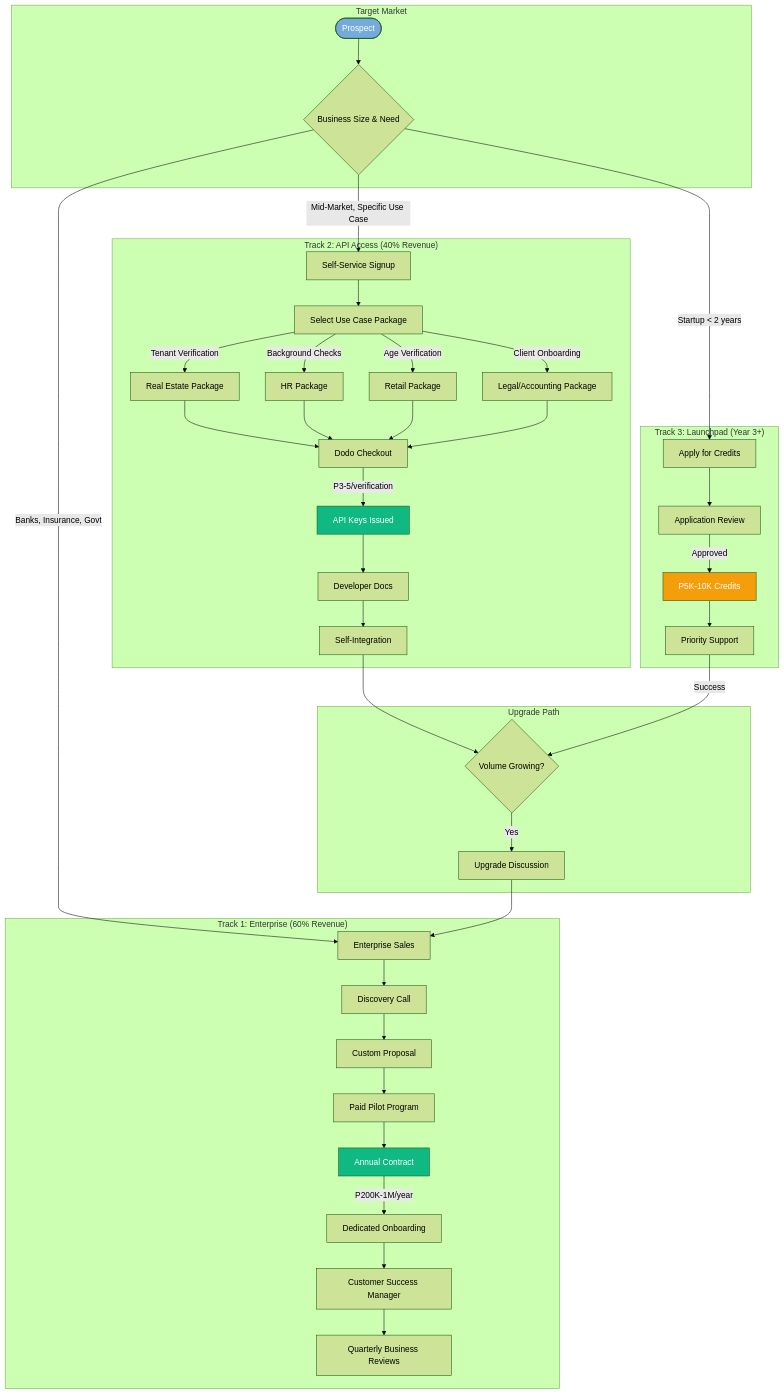
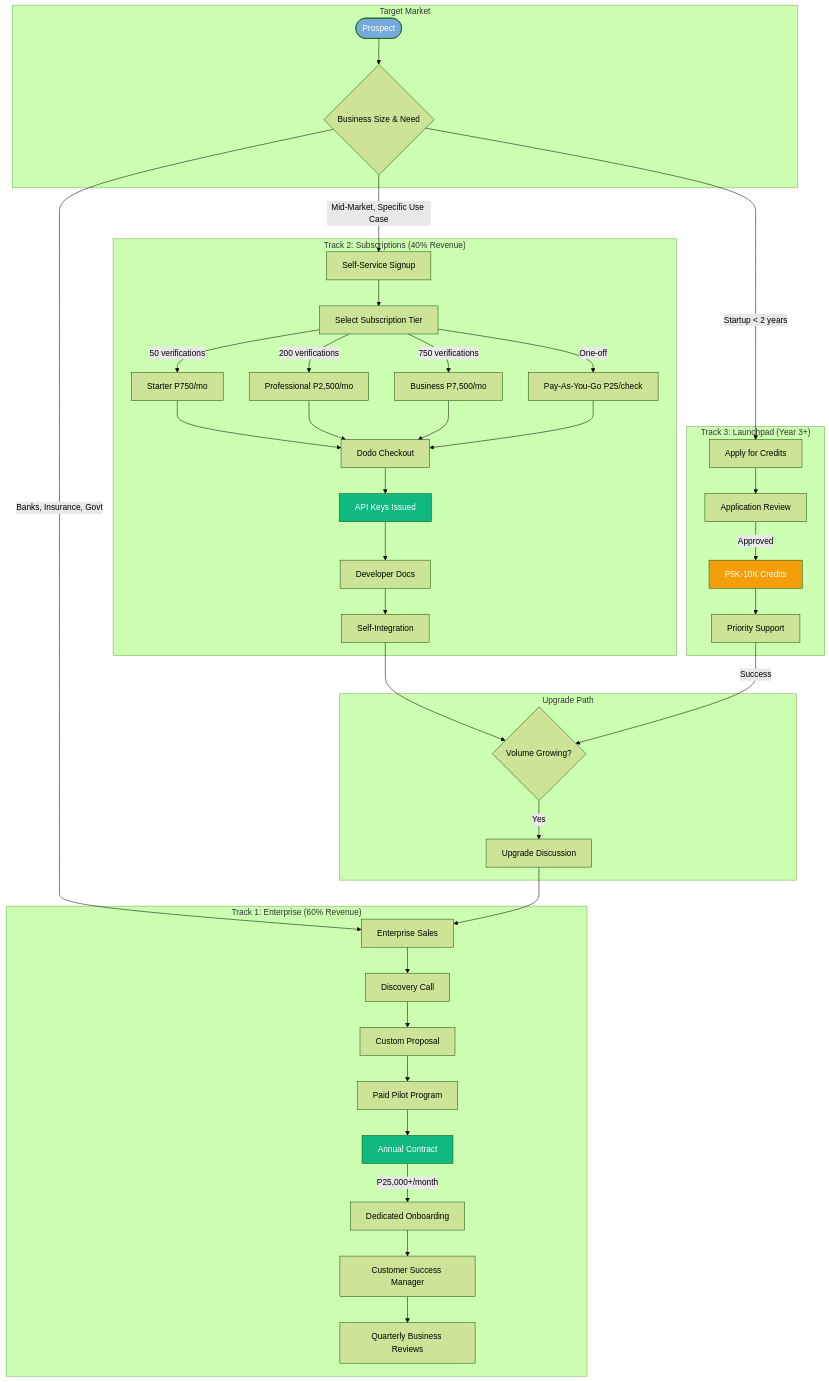
One commit to EDMND-SRC/AuthBridge changed the diagram in _bmad-output/planning-artifacts/product-brief-AuthBridge-2026-01-13.md. Above: the diagram before and after it, drawn with Mermaid (forest theme). The commit also changed other lines of this file and 118 other files, not shown here.

````diff
--- a/_bmad-output/planning-artifacts/product-brief-AuthBridge-2026-01-13.md
+++ b/_bmad-output/planning-artifacts/product-brief-AuthBridge-2026-01-13.md
@@ -508,54 +514,54 @@
 ```mermaid
 flowchart TD
     subgraph Market["Target Market"]
         Prospect([Prospect]) --> Assess{Business Size & Need}
     end
 
     subgraph Enterprise["Track 1: Enterprise (60% Revenue)"]
         Assess --> |Banks, Insurance, Govt| EntSales[Enterprise Sales]
         EntSales --> Discovery[Discovery Call]
         Discovery --> Proposal[Custom Proposal]
         Proposal --> Pilot[Paid Pilot Program]
         Pilot --> Contract[Annual Contract]
-        Contract --> |P200K-1M/year| EntOnboard[Dedicated Onboarding]
+        Contract --> |P25,000+/month| EntOnboard[Dedicated Onboarding]
         EntOnboard --> EntSuccess[Customer Success Manager]
         EntSuccess --> QBR[Quarterly Business Reviews]
     end
 
-    subgraph APIAccess["Track 2: API Access (40% Revenue)"]
+    subgraph Subscriptions["Track 2: Subscriptions (40% Revenue)"]
         Assess --> |Mid-Market, Specific Use Case| SelfServe[Self-Service Signup]
-        SelfServe --> SelectUseCase[Select Use Case Package]
-        SelectUseCase --> |Tenant Verification| Package1[Real Estate Package]
-        SelectUseCase --> |Background Checks| Package2[HR Package]
-        SelectUseCase --> |Age Verification| Package3[Retail Package]
-        SelectUseCase --> |Client Onboarding| Package4[Legal/Accounting Package]
+        SelfServe --> SelectTier[Select Subscription Tier]
+        SelectTier --> |50 verifications| Starter[Starter P750/mo]
+        SelectTier --> |200 verifications| Professional[Professional P2,500/mo]
+        SelectTier --> |750 verifications| Business[Business P7,500/mo]
+        SelectTier --> |One-off| PayGo[Pay-As-You-Go P25/check]
 
-        Package1 --> Checkout[Dodo Checkout]
-        Package2 --> Checkout
-        Package3 --> Checkout
-        Package4 --> Checkout
+        Starter --> Checkout[Dodo Checkout]
+        Professional --> Checkout
+        Business --> Checkout
+        PayGo --> Checkout
 
-        Checkout --> |P3-5/verification| APIOnboard[API Keys Issued]
+        Checkout --> APIOnboard[API Keys Issued]
         APIOnboard --> Docs[Developer Docs]
         Docs --> Integrate[Self-Integration]
     end
 
     subgraph Upgrade["Upgrade Path"]
         Integrate --> Growth{Volume Growing?}
         Growth --> |Yes| UpgradeCall[Upgrade Discussion]
         UpgradeCall --> EntSales
     end
 
     subgraph Launchpad["Track 3: Launchpad (Year 3+)"]
         Assess --> |Startup < 2 years| Apply[Apply for Credits]
         Apply --> Review[Application Review]
         Review --> |Approved| Credits[P5K-10K Credits]
         Credits --> StartupOnboard[Priority Support]
         StartupOnboard --> |Success| Growth
     end
 
     style Prospect fill:#75AADB,color:#fff
     style Contract fill:#10B981,color:#fff
     style APIOnboard fill:#10B981,color:#fff
     style Credits fill:#F59E0B,color:#fff
 ```
````
